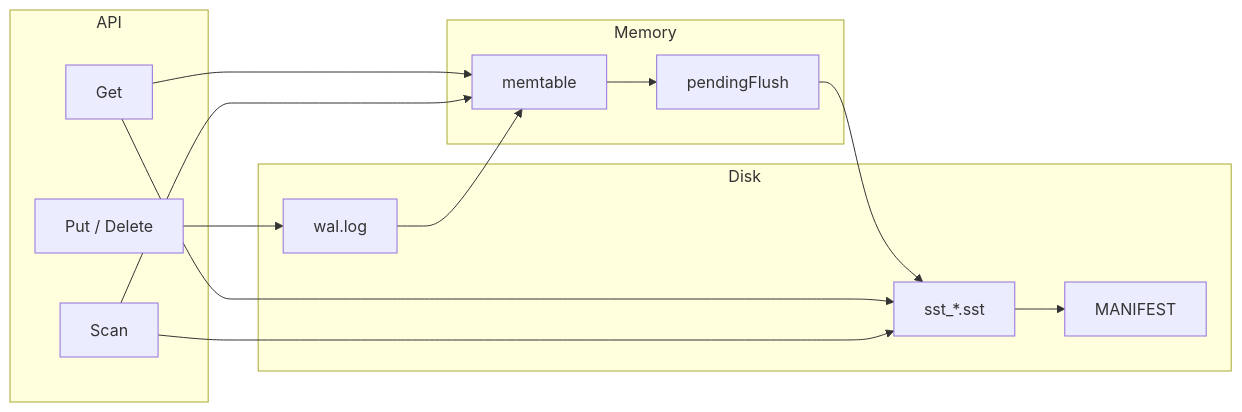
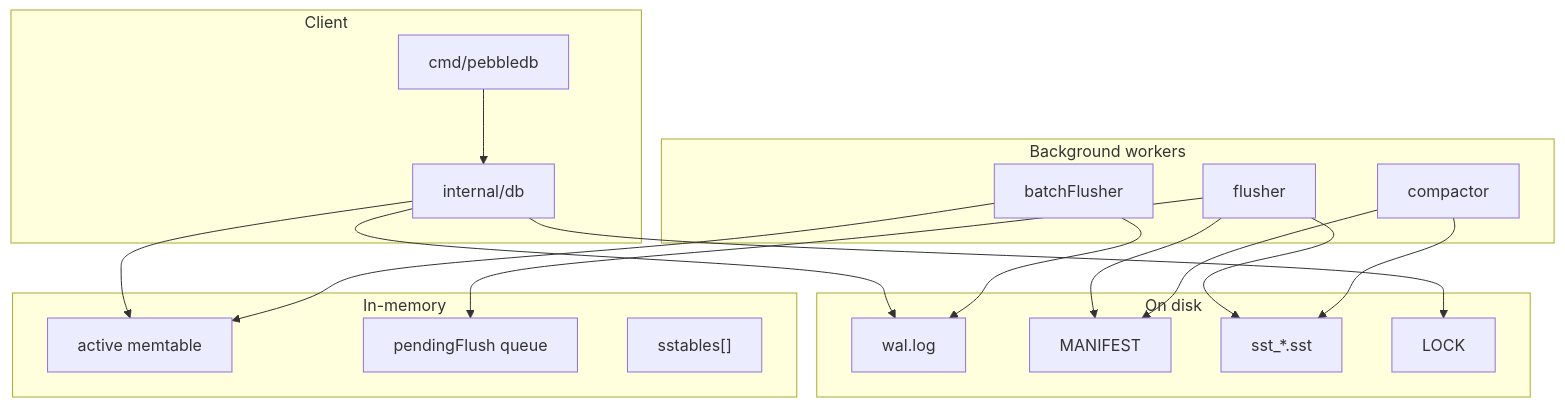
The first of 4 diagrams in README.md (RUDRA-PRATAP-SINGH01/PebbleDB), drawn with Mermaid before and after one commit. The commit also changed other lines of this file, not shown here.

````diff
--- a/README.md
+++ b/README.md
@@ -19,27 +19,38 @@
 ```mermaid
-flowchart LR
-    subgraph API
-        PUT["Put / Delete"]
-        GET["Get"]
-        SCAN["Scan"]
+flowchart TB
+    subgraph Client["Client"]
+        CLI["cmd/pebbledb"]
+        API["internal/db"]
     end
 
-    subgraph Memory
-        MT["memtable"]
-        Q["pendingFlush"]
+    subgraph Memory["In-memory"]
+        ACTIVE["active memtable"]
+        PENDING["pendingFlush queue"]
+        SSTLIST["sstables[]"]
     end
 
-    subgraph Disk
+    subgraph Workers["Background workers"]
+        BATCH["batchFlusher"]
+        FLUSH["flusher"]
+        COMPACT["compactor"]
+    end
+
+    subgraph Disk["On disk"]
         WAL["wal.log"]
         MAN["MANIFEST"]
         SST["sst_*.sst"]
+        LOCK["LOCK"]
     end
 
-    PUT --> WAL --> MT
-    MT --> Q --> SST
-    SST --> MAN
-    GET --> MT
-    GET --> SST
-    SCAN --> MT
-    SCAN --> SST
+    CLI --> API
+    API --> ACTIVE
+    API --> WAL
+    BATCH --> WAL
+    BATCH --> ACTIVE
+    FLUSH --> PENDING
+    FLUSH --> SST
+    FLUSH --> MAN
+    COMPACT --> SST
+    COMPACT --> MAN
+    API --> LOCK
 ```
````
